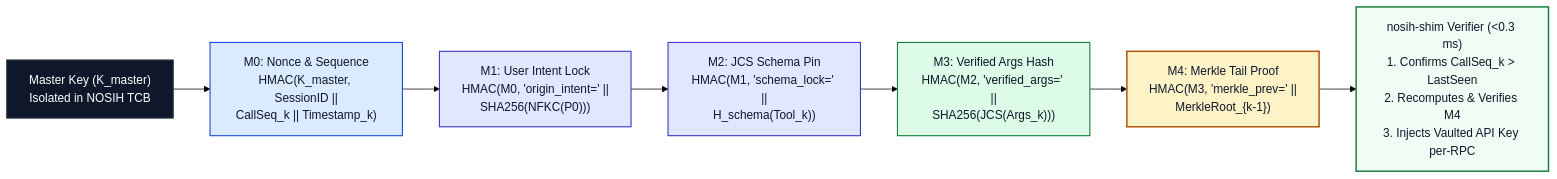
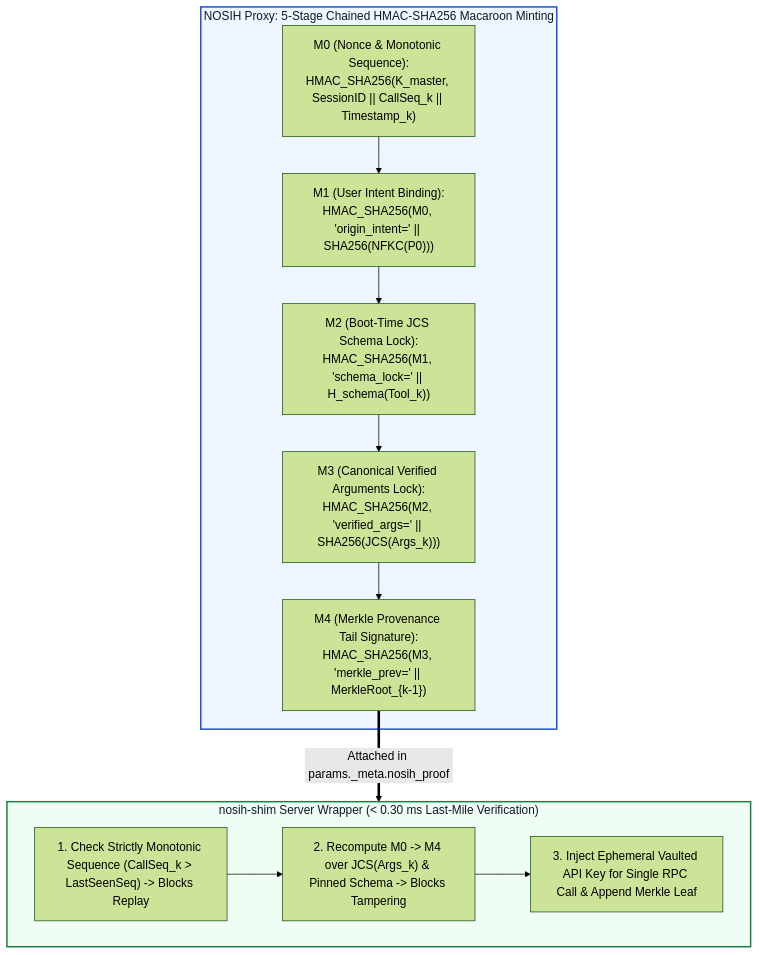
The fifth of 8 diagrams in README.md (rmn2178/NOSIH), drawn with Mermaid (forest theme) before and after one commit. The commit also changed other lines of this file, not shown here.

````diff
--- a/README.md
+++ b/README.md
@@ -299,17 +268,23 @@
 ```mermaid
-flowchart LR
-    K["Master Key (K_master)<br/>Isolated in NOSIH TCB"] --> M0["M0: Nonce & Sequence<br/>HMAC(K_master, SessionID ||<br/>CallSeq_k || Timestamp_k)"]
-    M0 --> M1["M1: User Intent Lock<br/>HMAC(M0, 'origin_intent=' ||<br/>SHA256(NFKC(P0)))"]
-    M1 --> M2["M2: JCS Schema Pin<br/>HMAC(M1, 'schema_lock=' ||<br/>H_schema(Tool_k))"]
-    M2 --> M3["M3: Verified Args Hash<br/>HMAC(M2, 'verified_args=' ||<br/>SHA256(JCS(Args_k)))"]
-    M3 --> M4["M4: Merkle Tail Proof<br/>HMAC(M3, 'merkle_prev=' ||<br/>MerkleRoot_{k-1})"]
-    M4 --> SHIM["nosih-shim Verifier (<0.3 ms)<br/>1. Confirms CallSeq_k > LastSeen<br/>2. Recomputes & Verifies M4<br/>3. Injects Vaulted API Key per-RPC"]
+flowchart TD
+    subgraph MINT["NOSIH Proxy: 5-Stage Chained HMAC-SHA256 Macaroon Minting"]
+        M0["M0 (Nonce & Monotonic Sequence):<br/>HMAC_SHA256(K_master, SessionID || CallSeq_k || Timestamp_k)"]
+        M1["M1 (User Intent Binding):<br/>HMAC_SHA256(M0, 'origin_intent=' || SHA256(NFKC(P0)))"]
+        M2["M2 (Boot-Time JCS Schema Lock):<br/>HMAC_SHA256(M1, 'schema_lock=' || H_schema(Tool_k))"]
+        M3["M3 (Canonical Verified Arguments Lock):<br/>HMAC_SHA256(M2, 'verified_args=' || SHA256(JCS(Args_k)))"]
+        M4["M4 (Merkle Provenance Tail Signature):<br/>HMAC_SHA256(M3, 'merkle_prev=' || MerkleRoot_{k-1})"]
+        M0 --> M1 --> M2 --> M3 --> M4
+    end
 
-    style K fill:#0F172A,stroke:#1E293B,stroke-width:2px,color:#FFFFFF
-    style M0 fill:#DBEAFE,stroke:#1D4ED8,stroke-width:1.5px,color:#0F172A
-    style M1 fill:#E0E7FF,stroke:#4338CA,stroke-width:1.5px,color:#0F172A
-    style M2 fill:#E0E7FF,stroke:#4338CA,stroke-width:1.5px,color:#0F172A
-    style M3 fill:#DCFCE7,stroke:#15803D,stroke-width:1.5px,color:#0F172A
-    style M4 fill:#FEF3C7,stroke:#B45309,stroke-width:2px,color:#0F172A
-    style SHIM fill:#F0FDF4,stroke:#15803D,stroke-width:2px,color:#0F172A
+    subgraph VERIFY["nosih-shim Server Wrapper (< 0.30 ms Last-Mile Verification)"]
+        V1["1. Check Strictly Monotonic Sequence (CallSeq_k > LastSeenSeq) -> Blocks Replay"]
+        V2["2. Recompute M0 -> M4 over JCS(Args_k) & Pinned Schema -> Blocks Tampering"]
+        V3["3. Inject Ephemeral Vaulted API Key for Single RPC Call & Append Merkle Leaf"]
+        V1 --> V2 --> V3
+    end
+
+    M4 ==>|"Attached in params._meta.nosih_proof"| VERIFY
+
+    style MINT fill:#EFF6FF,stroke:#1D4ED8,stroke-width:2px,color:#0F172A
+    style VERIFY fill:#F0FDF4,stroke:#15803D,stroke-width:2px,color:#0F172A
 ```
````
